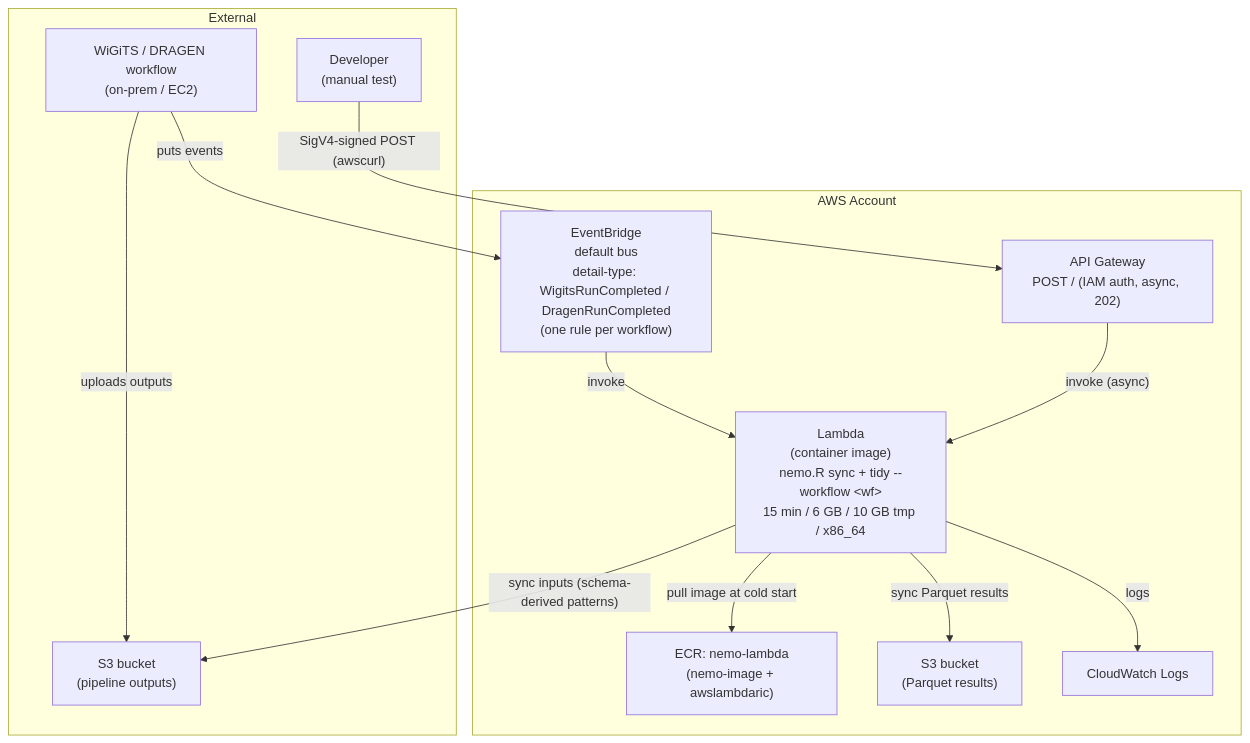
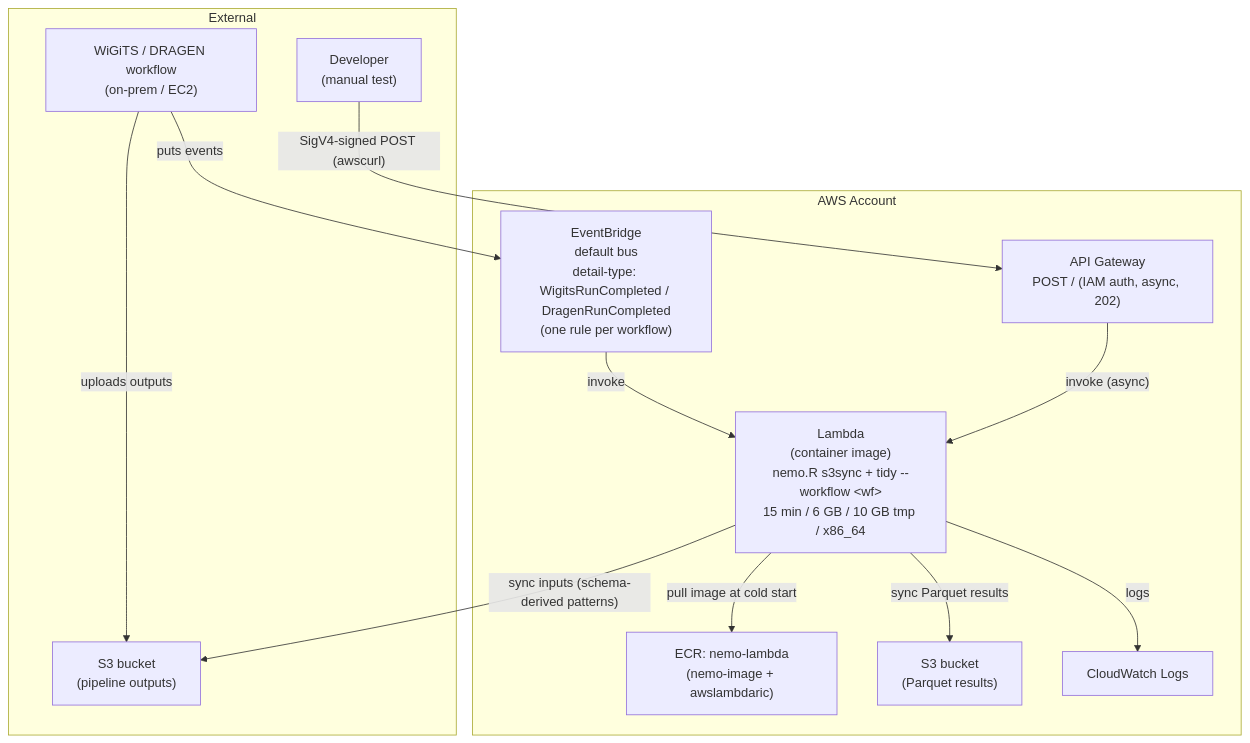
The diagram in docs/architecture.md (tidywf/nemo-infra), drawn with Mermaid before and after one commit. The commit also changed 6 other files, not shown here.

First line of the commit message:
nemo-image: bump to v0.1.4

````diff
--- a/docs/architecture.md
+++ b/docs/architecture.md
@@ -5,29 +5,29 @@
 ```mermaid
 flowchart TD
     subgraph External
         WiGiTS["WiGiTS / DRAGEN workflow<br/>(on-prem / EC2)"]
         S3In["S3 bucket<br/>(pipeline outputs)"]
         Dev["Developer<br/>(manual test)"]
     end
 
     subgraph AWS["AWS Account"]
         EB["EventBridge<br/>default bus<br/>detail-type: WigitsRunCompleted / DragenRunCompleted<br/>(one rule per workflow)"]
         APIGW["API Gateway<br/>POST / (IAM auth, async, 202)"]
 
-        Lambda["Lambda<br/>(container image)<br/>nemo.R sync + tidy --workflow &lt;wf&gt;<br/>15 min / 6 GB / 10 GB tmp / x86_64"]
+        Lambda["Lambda<br/>(container image)<br/>nemo.R s3sync + tidy --workflow &lt;wf&gt;<br/>15 min / 6 GB / 10 GB tmp / x86_64"]
 
         ECR["ECR: nemo-lambda<br/>(nemo-image + awslambdaric)"]
         S3Out["S3 bucket<br/>(Parquet results)"]
         CW["CloudWatch Logs"]
     end
 
     WiGiTS -->|"puts events"| EB
     WiGiTS -->|"uploads outputs"| S3In
     Dev -->|"SigV4-signed POST (awscurl)"| APIGW
     EB -->|"invoke"| Lambda
     APIGW -->|"invoke (async)"| Lambda
     Lambda -->|"pull image at cold start"| ECR
     Lambda -->|"sync inputs (schema-derived patterns)"| S3In
     Lambda -->|"sync Parquet results"| S3Out
     Lambda -->|"logs"| CW
 ```
````
